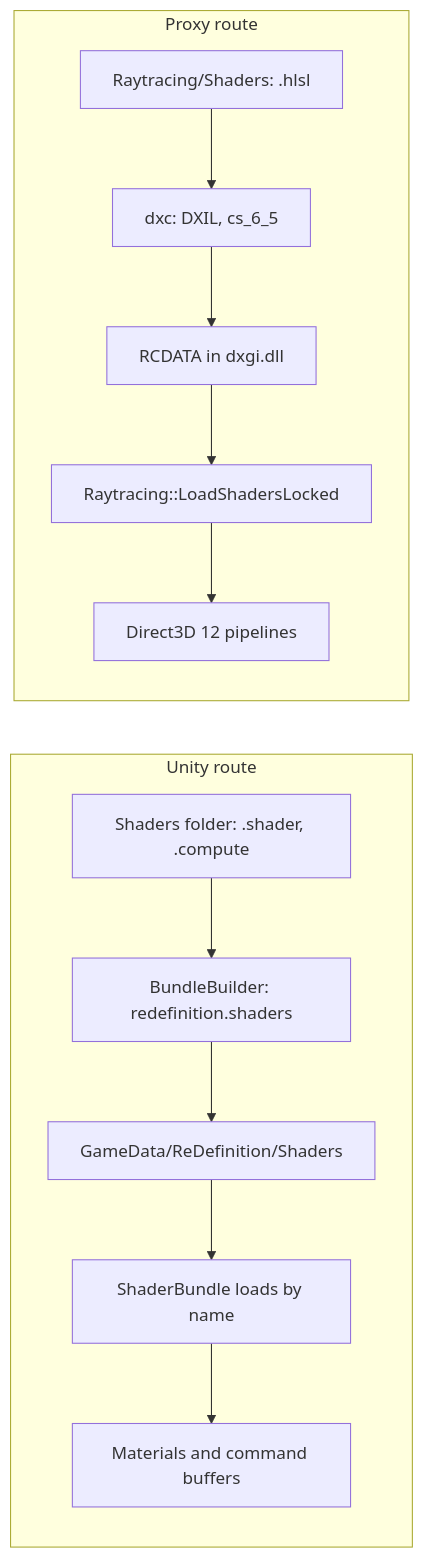
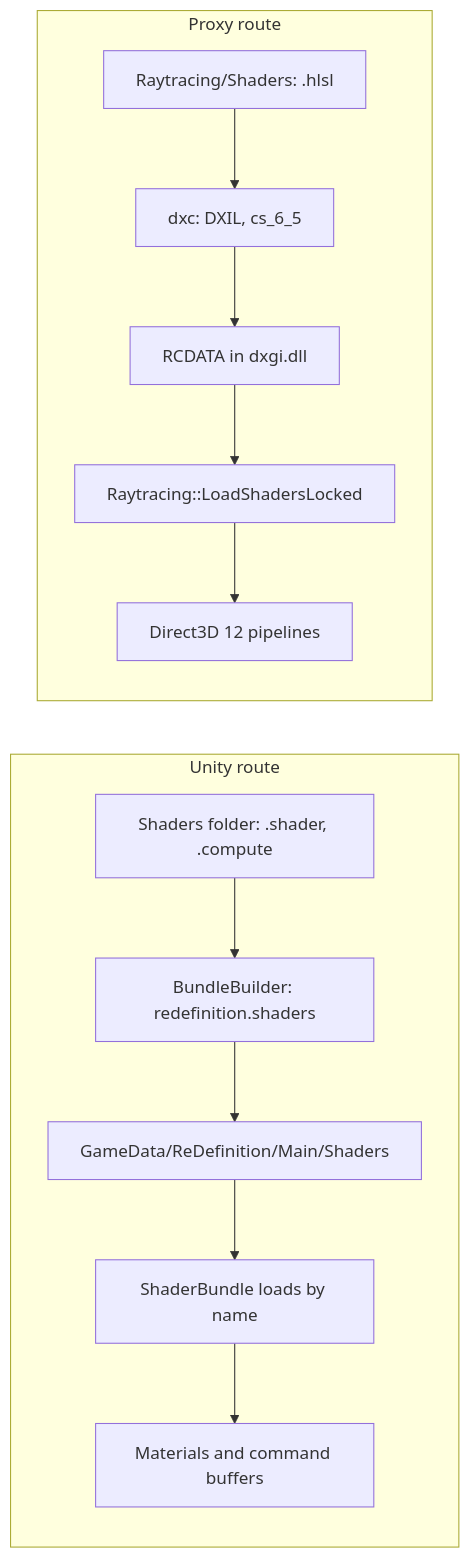
One commit to CaptainKeyboard/ReDefinition changed the diagram in docs/development/flow-shaders.md. Above: the diagram before and after it, drawn with Mermaid. The commit also changed other lines of this file and 23 other files, not shown here.

````diff
--- a/docs/development/flow-shaders.md
+++ b/docs/development/flow-shaders.md
@@ -14,15 +14,15 @@
 ```mermaid
 flowchart LR
     subgraph Unity["Unity route"]
         A["Shaders folder: .shader, .compute"] --> B["BundleBuilder: redefinition.shaders"]
-        B --> C["GameData/ReDefinition/Shaders"]
+        B --> C["GameData/ReDefinition/Main/Shaders"]
         C --> D["ShaderBundle loads by name"]
         D --> E["Materials and command buffers"]
     end
     subgraph Proxy["Proxy route"]
         F["Raytracing/Shaders: .hlsl"] --> G["dxc: DXIL, cs_6_5"]
         G --> H["RCDATA in dxgi.dll"]
         H --> I["Raytracing::LoadShadersLocked"]
         I --> J["Direct3D 12 pipelines"]
     end
 ```
````
